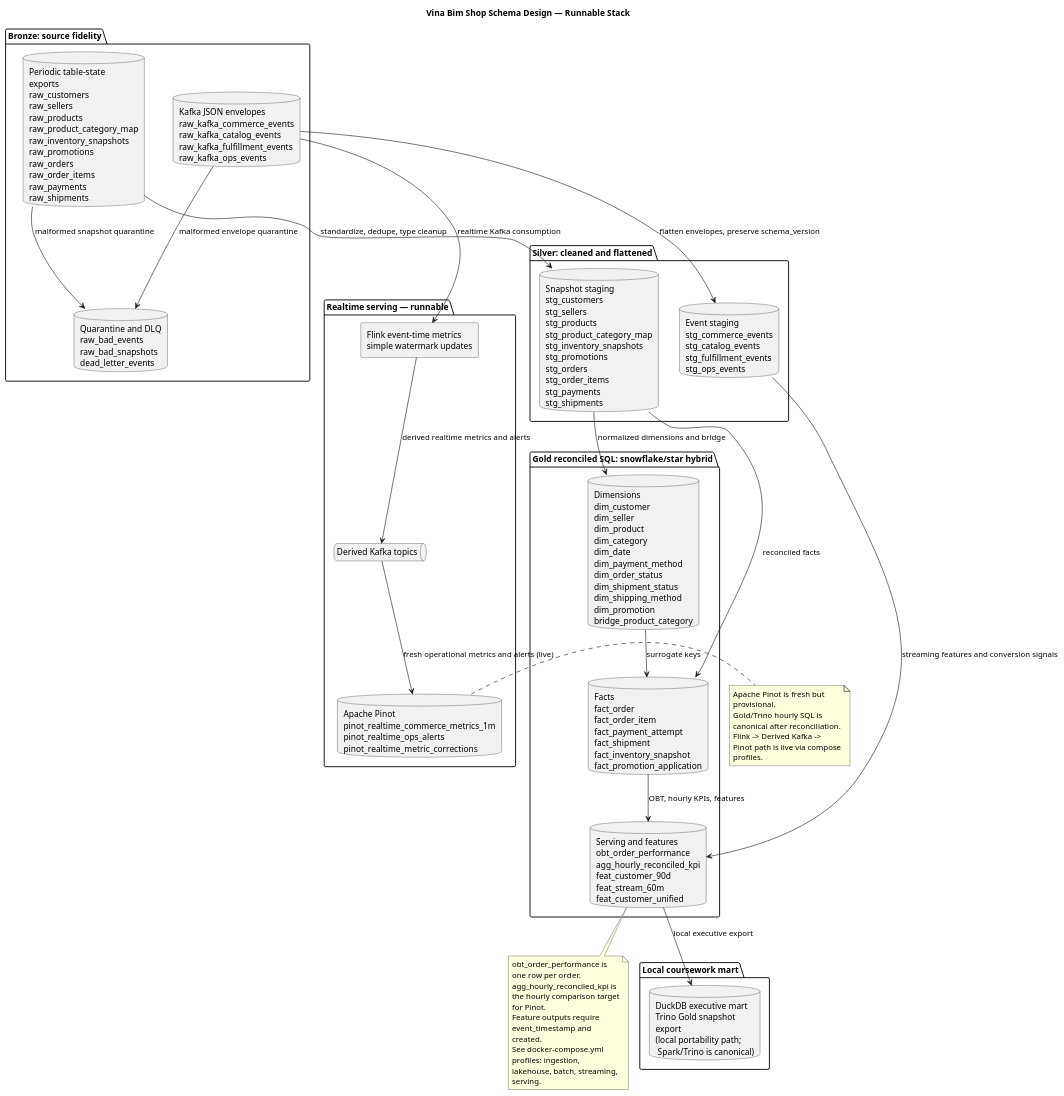
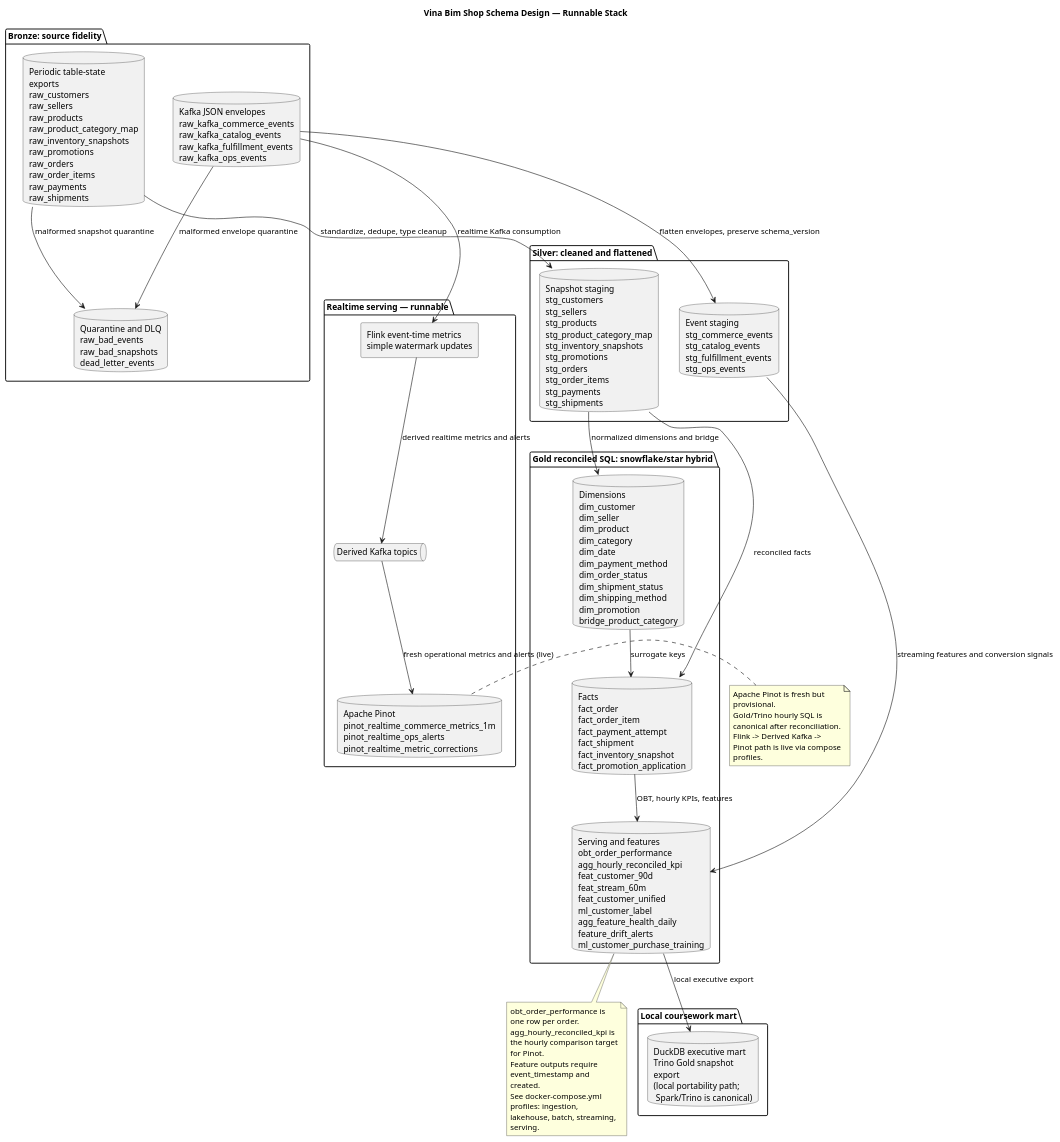
One commit to hhoangdo/ecom-data-platform-submission changed the diagram in architecture/diagrams/schema_design.puml. Above: the diagram before and after it, drawn with PlantUML. The commit also changed 56 other files, not shown here.

```diff
--- a/architecture/diagrams/schema_design.puml
+++ b/architecture/diagrams/schema_design.puml
@@ -1,64 +1,64 @@
 @startuml
 title Vina Bim Shop Schema Design — Runnable Stack
 
 skinparam componentStyle rectangle
 skinparam shadowing false
 skinparam wrapWidth 180
 
 package "Bronze: source fidelity" as Bronze {
   database "Periodic table-state exports\nraw_customers\nraw_sellers\nraw_products\nraw_product_category_map\nraw_inventory_snapshots\nraw_promotions\nraw_orders\nraw_order_items\nraw_payments\nraw_shipments" as RawSnapshots
   database "Kafka JSON envelopes\nraw_kafka_commerce_events\nraw_kafka_catalog_events\nraw_kafka_fulfillment_events\nraw_kafka_ops_events" as RawEvents
   database "Quarantine and DLQ\nraw_bad_events\nraw_bad_snapshots\ndead_letter_events" as RawBad
 }
 
 package "Silver: cleaned and flattened" as Silver {
   database "Snapshot staging\nstg_customers\nstg_sellers\nstg_products\nstg_product_category_map\nstg_inventory_snapshots\nstg_promotions\nstg_orders\nstg_order_items\nstg_payments\nstg_shipments" as StgSnapshots
   database "Event staging\nstg_commerce_events\nstg_catalog_events\nstg_fulfillment_events\nstg_ops_events" as StgEvents
 }
 
 package "Gold reconciled SQL: snowflake/star hybrid" as Gold {
   database "Dimensions\ndim_customer\ndim_seller\ndim_product\ndim_category\ndim_date\ndim_payment_method\ndim_order_status\ndim_shipment_status\ndim_shipping_method\ndim_promotion\nbridge_product_category" as Dims
   database "Facts\nfact_order\nfact_order_item\nfact_payment_attempt\nfact_shipment\nfact_inventory_snapshot\nfact_promotion_application" as Facts
-  database "Serving and features\nobt_order_performance\nagg_hourly_reconciled_kpi\nfeat_customer_90d\nfeat_stream_60m\nfeat_customer_unified" as Serving
+  database "Serving and features\nobt_order_performance\nagg_hourly_reconciled_kpi\nfeat_customer_90d\nfeat_stream_60m\nfeat_customer_unified\nml_customer_label\nagg_feature_health_daily\nfeature_drift_alerts\nml_customer_purchase_training" as Serving
 }
 
 package "Realtime serving — runnable" as Realtime {
   component "Flink event-time metrics\nsimple watermark updates" as FlinkMetrics
   queue "Derived Kafka topics" as DerivedKafka
   database "Apache Pinot\npinot_realtime_commerce_metrics_1m\npinot_realtime_ops_alerts\npinot_realtime_metric_corrections" as Pinot
 }
 
 package "Local coursework mart" as Local {
   database "DuckDB executive mart\nTrino Gold snapshot export\n(local portability path;\n Spark/Trino is canonical)" as DuckDB
 }
 
 RawSnapshots --> StgSnapshots : standardize, dedupe, type cleanup
 RawEvents --> StgEvents : flatten envelopes, preserve schema_version
 RawEvents --> RawBad : malformed envelope quarantine
 RawSnapshots --> RawBad : malformed snapshot quarantine
 
 StgSnapshots --> Dims : normalized dimensions and bridge
 StgSnapshots --> Facts : reconciled facts
 StgEvents --> Serving : streaming features and conversion signals
 Dims --> Facts : surrogate keys
 Facts --> Serving : OBT, hourly KPIs, features
 
 RawEvents --> FlinkMetrics : realtime Kafka consumption
 FlinkMetrics --> DerivedKafka : derived realtime metrics and alerts
 DerivedKafka --> Pinot : fresh operational metrics and alerts (live)
 Serving --> DuckDB : local executive export
 
 note right of Pinot
 Apache Pinot is fresh but provisional.
 Gold/Trino hourly SQL is canonical after reconciliation.
 Flink -> Derived Kafka -> Pinot path is live via compose profiles.
 end note
 
 note bottom of Serving
 obt_order_performance is one row per order.
 agg_hourly_reconciled_kpi is the hourly comparison target for Pinot.
 Feature outputs require event_timestamp and created.
 See docker-compose.yml profiles: ingestion, lakehouse, batch, streaming, serving.
 end note
 
 @enduml
```
